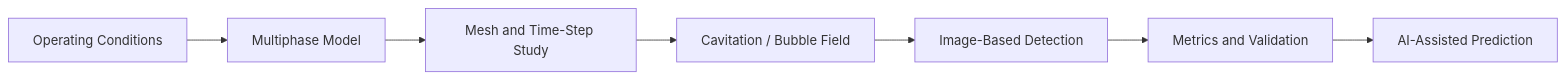
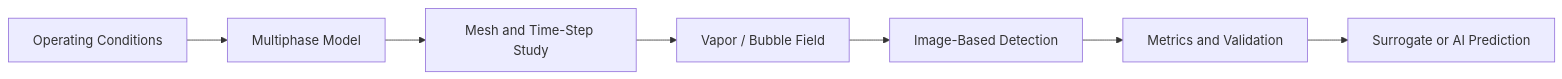
One commit to islam-md-didarul/mechanical-cfd-ai-research-hub changed the diagram in project-guides/multiphase.md. Above: the diagram before and after it, drawn with Mermaid. The commit also changed other lines of this file and 20 other files, not shown here.

````diff
--- a/project-guides/multiphase.md
+++ b/project-guides/multiphase.md
@@ -7,9 +7,9 @@
 ```mermaid
 flowchart LR
     A["Operating Conditions"] --> B["Multiphase Model"]
     B --> C["Mesh and Time-Step Study"]
-    C --> D["Cavitation / Bubble Field"]
+    C --> D["Vapor / Bubble Field"]
     D --> E["Image-Based Detection"]
     E --> F["Metrics and Validation"]
-    F --> G["AI-Assisted Prediction"]
+    F --> G["Surrogate or AI Prediction"]
 ```
````
